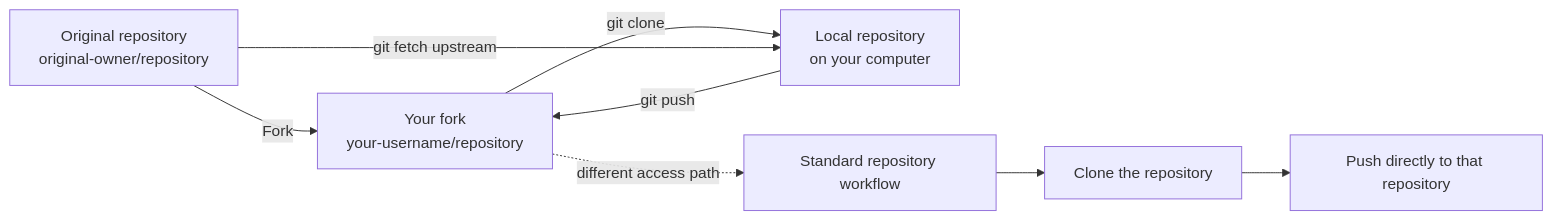
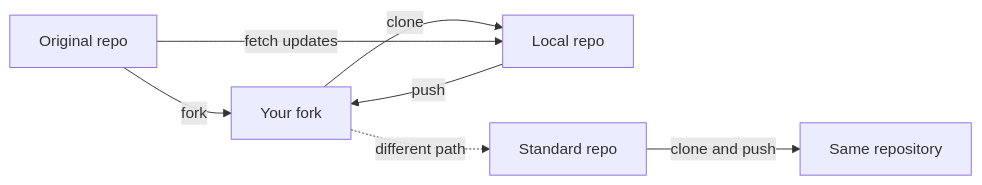
Before and after one commit to aditiakansha/speaker_flow: the diagram in section3.md, drawn with Mermaid. The commit also changed other lines of this file and 1 other file, not shown here.

````diff
--- a/section3.md
+++ b/section3.md
@@ -35,10 +35,10 @@
 ```mermaid
 flowchart LR
-    U[Original repository\n original-owner/repository] -->|Fork| F[Your fork\n your-username/repository]
-    F -->|git clone| L[Local repository\n on your computer]
-    L -->|git push| F
-    U -->|git fetch upstream| L
+    U[Original repo] -->|fork| F[Your fork]
+    F -->|clone| L[Local repo]
+    L -->|push| F
+    U -->|fetch updates| L
 
-    S[Standard repository workflow] --> R[Clone the repository] --> D[Push directly to that repository]
-    F -. different access path .-> S
+    S[Standard repo] -->|clone and push| D[Same repository]
+    F -. different path .-> S
 ```
````
